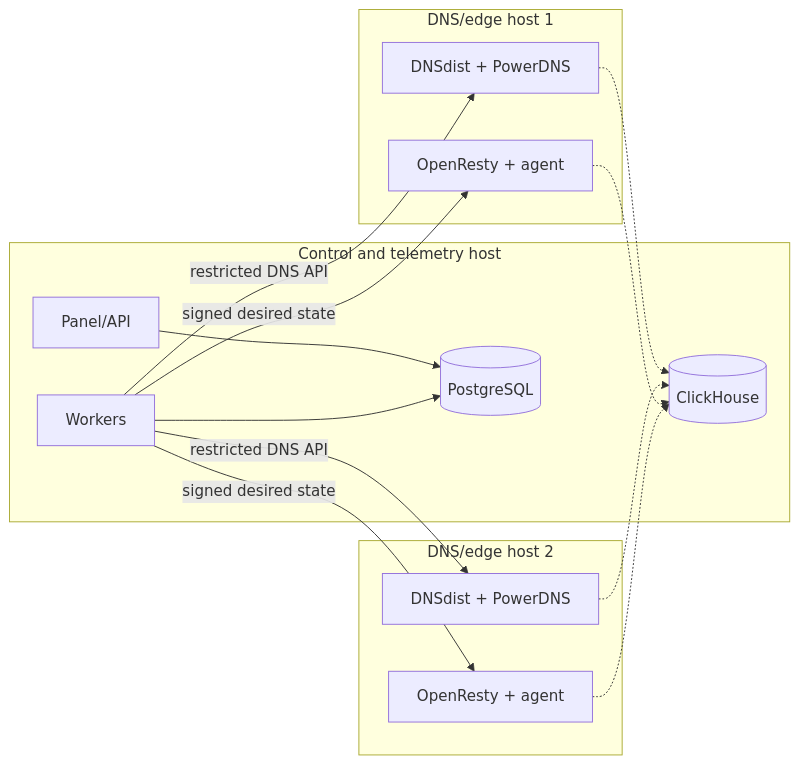
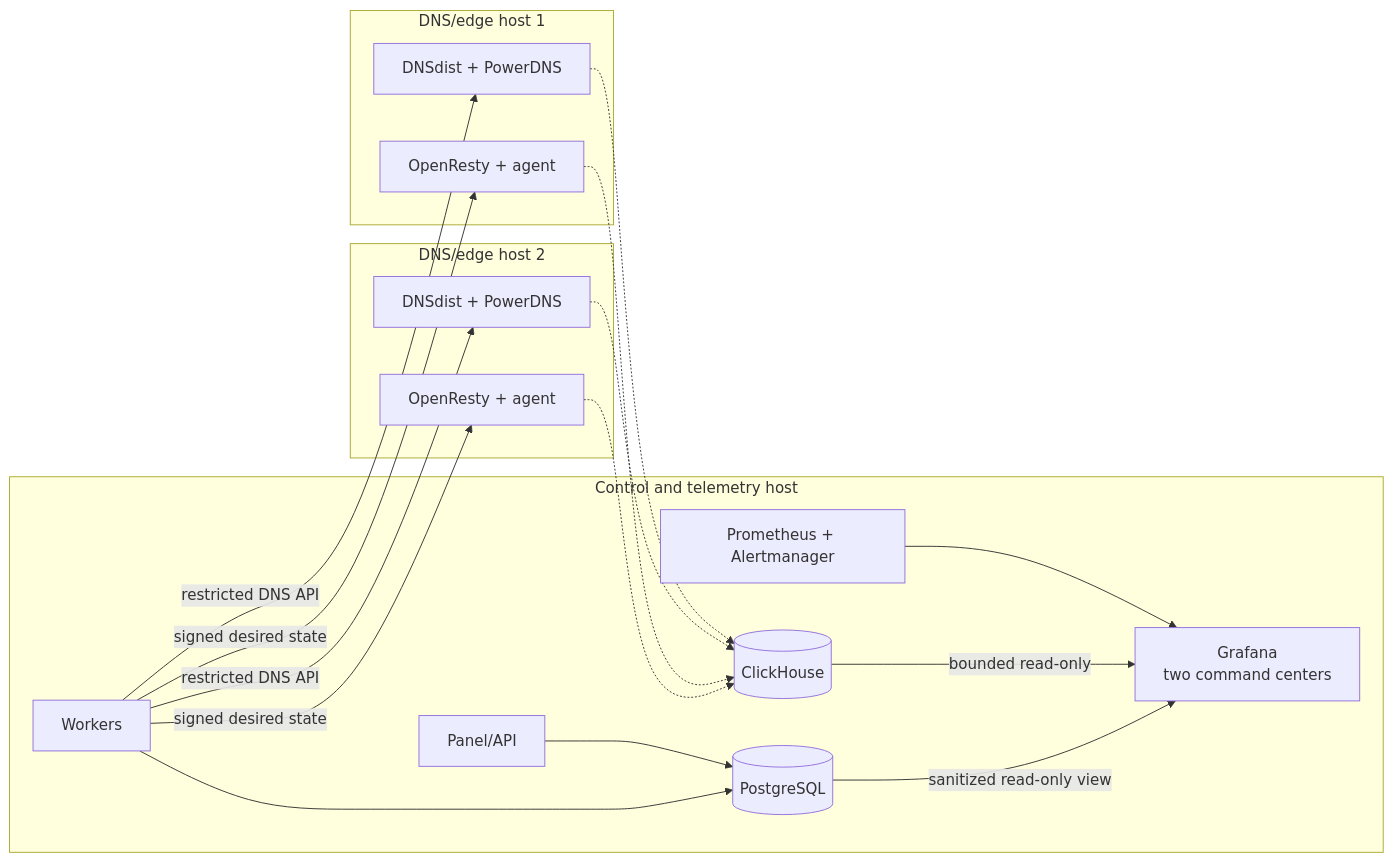
Before and after one commit to vaheed/CDNFoundry: the second of 2 diagrams in docs/getting-started/private-cdn-design.md, drawn with Mermaid. The commit also changed other lines of this file and 43 other files, not shown here.

Commit message:
feat(observability): add Grafana command centers

````diff
--- a/docs/getting-started/private-cdn-design.md
+++ b/docs/getting-started/private-cdn-design.md
@@ -169,27 +172,32 @@
 ```mermaid
 flowchart LR
     subgraph ControlHost["Control and telemetry host"]
       Web["Panel/API"]
       Workers["Workers"]
       ControlDB[("PostgreSQL")]
       Telemetry[("ClickHouse")]
+      Metrics["Prometheus + Alertmanager"]
+      Grafana["Grafana<br/>two command centers"]
       Web --> ControlDB
       Workers --> ControlDB
+      Metrics --> Grafana
+      Telemetry -->|"bounded read-only"| Grafana
+      ControlDB -->|"sanitized read-only view"| Grafana
     end
     subgraph POP1["DNS/edge host 1"]
       NS1["DNSdist + PowerDNS"]
       Edge1["OpenResty + agent"]
     end
     subgraph POP2["DNS/edge host 2"]
       NS2["DNSdist + PowerDNS"]
       Edge2["OpenResty + agent"]
     end
     Workers -->|"restricted DNS API"| NS1
     Workers -->|"restricted DNS API"| NS2
     Workers -->|"signed desired state"| Edge1
     Workers -->|"signed desired state"| Edge2
     NS1 -.-> Telemetry
     NS2 -.-> Telemetry
     Edge1 -.-> Telemetry
     Edge2 -.-> Telemetry
 ```
````
